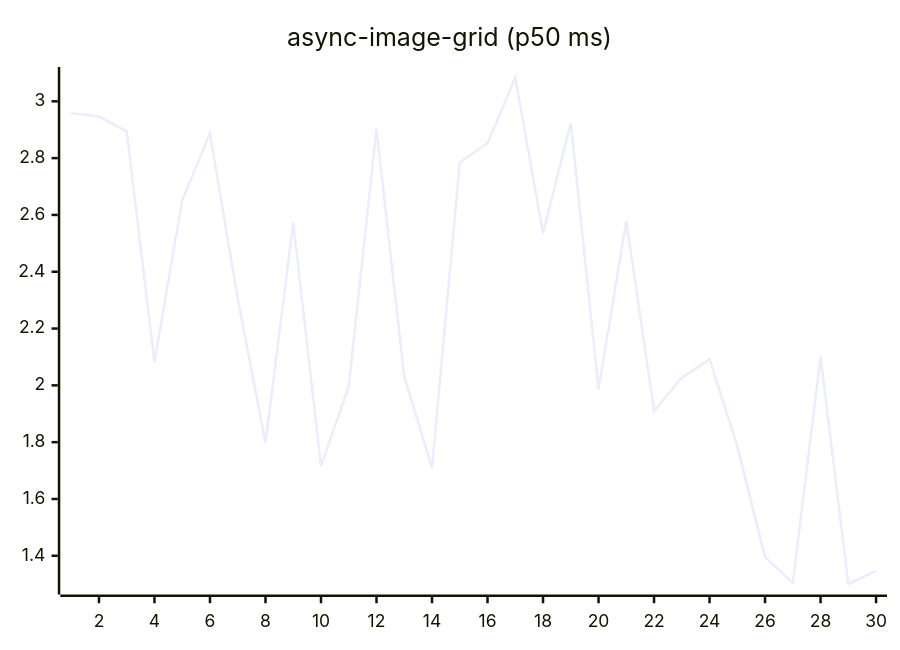
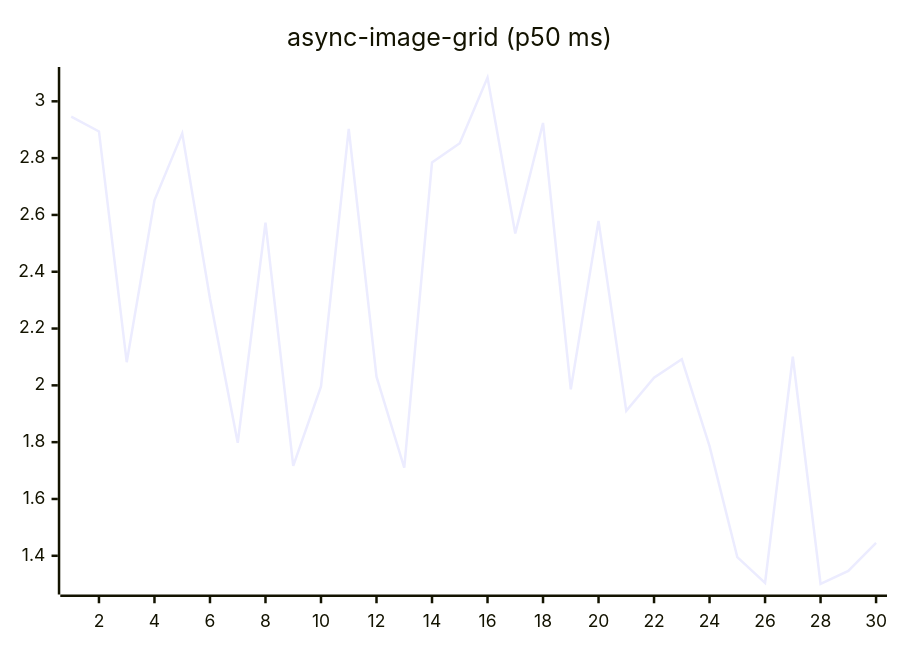
One commit to josha/Facet changed the fifth of 27 diagrams in README.md. Above: the diagram before and after it, drawn with Mermaid. The commit also changed other lines of this file and 2 other files, not shown here.

````diff
--- a/README.md
+++ b/README.md
@@ -91,6 +91,6 @@
 ```mermaid
 xychart-beta
     title "async-image-grid (p50 ms)"
     x-axis 1 --> 30
-    line [2.9576, 2.9463, 2.8940, 2.0815, 2.6515, 2.8871, 2.3060, 1.7979, 2.5726, 1.7163, 1.9964, 2.9032, 2.0307, 1.7099, 2.7848, 2.8523, 3.0834, 2.5349, 2.9237, 1.9862, 2.5787, 1.9102, 2.0270, 2.0924, 1.7862, 1.3954, 1.3043, 2.1007, 1.3011, 1.3467]
+    line [2.9463, 2.8940, 2.0815, 2.6515, 2.8871, 2.3060, 1.7979, 2.5726, 1.7163, 1.9964, 2.9032, 2.0307, 1.7099, 2.7848, 2.8523, 3.0834, 2.5349, 2.9237, 1.9862, 2.5787, 1.9102, 2.0270, 2.0924, 1.7862, 1.3954, 1.3043, 2.1007, 1.3011, 1.3467, 1.4457]
 ```
````
